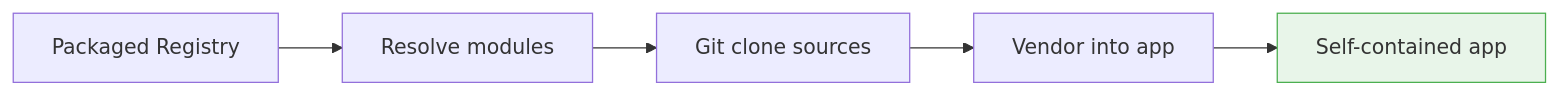
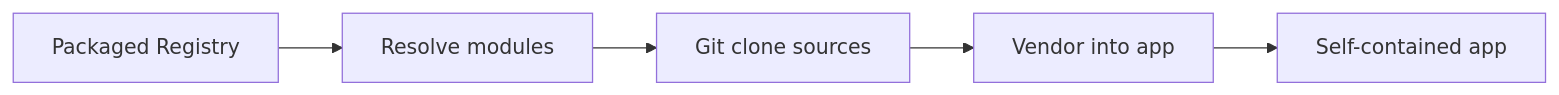
The diagram in docs/user-guide/app-model.md (AmbiqAI/neuralspotx), drawn with Mermaid before and after one commit. The commit also changed 10 other files, not shown here.

````diff
--- a/docs/user-guide/app-model.md
+++ b/docs/user-guide/app-model.md
@@ -38,9 +38,7 @@
 ```mermaid
 flowchart LR
     REG["Packaged Registry"] --> RESOLVE["Resolve modules"]
     RESOLVE --> CLONE["Git clone sources"]
     CLONE --> VENDOR["Vendor into app"]
     VENDOR --> APP["Self-contained app"]
-
-    style APP fill:#e8f5e9,stroke:#4caf50
 ```
````
